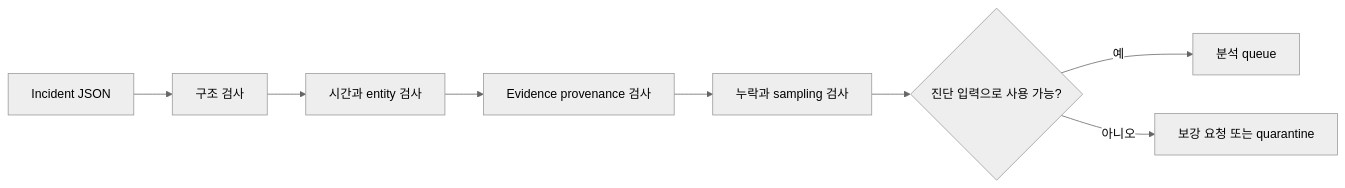
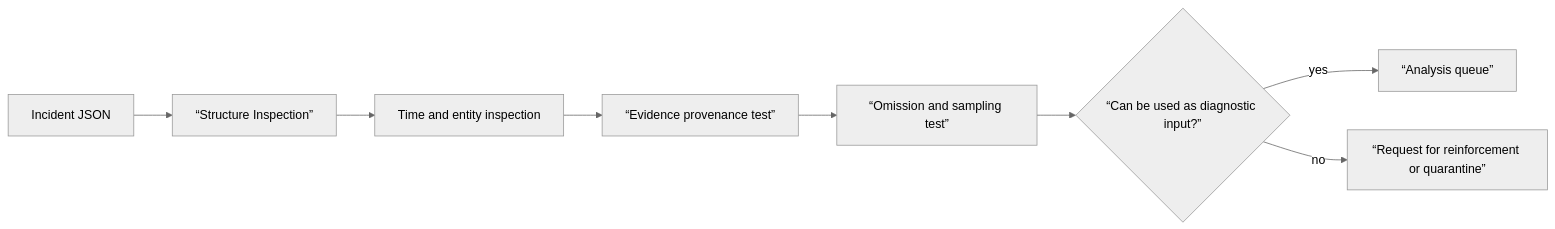
One commit to nohdol97/nohdol-study changed the diagram in docs-site/content/aiops-foundations/02-incident-bundle-contract-lab.md. Above: the diagram before and after it, drawn with Mermaid (neutral theme). The commit also changed other lines of this file and 116 other files, not shown here.

````diff
--- a/docs-site/content/aiops-foundations/02-incident-bundle-contract-lab.md
+++ b/docs-site/content/aiops-foundations/02-incident-bundle-contract-lab.md
@@ -19,10 +19,10 @@
 ```mermaid
 flowchart LR
-  J["Incident JSON"] --> S["구조 검사"]
-  S --> T["시간과 entity 검사"]
-  T --> E["Evidence provenance 검사"]
-  E --> G["누락과 sampling 검사"]
-  G --> D{"진단 입력으로 사용 가능?"}
-  D -->|"예"| A["분석 queue"]
-  D -->|"아니오"| Q["보강 요청 또는 quarantine"]
+  J["Incident JSON"] --> S[“Structure Inspection”]
+  S --> T["Time and entity inspection"]
+  T --> E[“Evidence provenance test”]
+  E --> G[“Omission and sampling test”]
+  G --> D{“Can be used as diagnostic input?”}
+  D -->|"yes"| A[“Analysis queue”]
+  D -->|"no"| Q[“Request for reinforcement or quarantine”]
 ```
````
